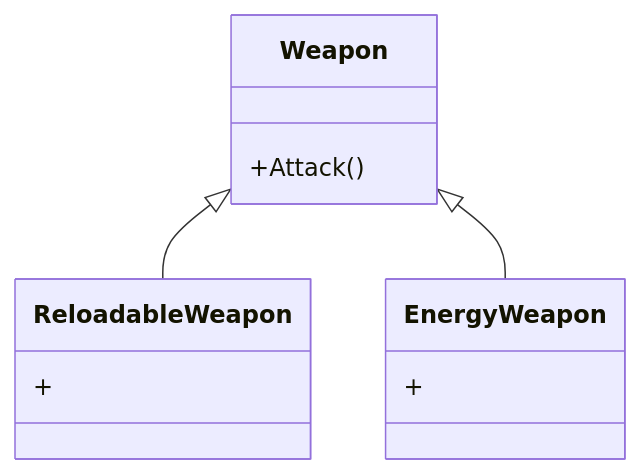
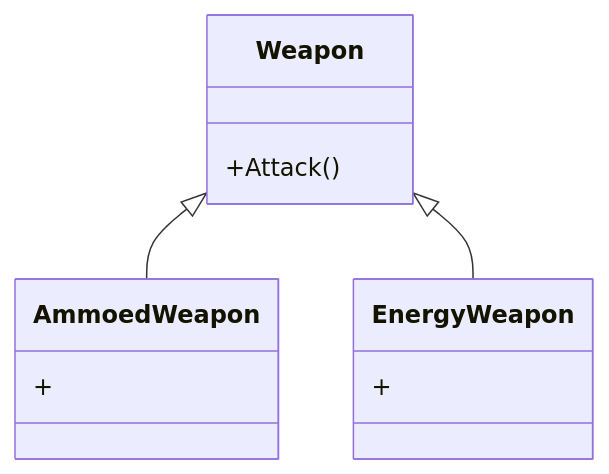
The diagram in Notes/Reunião 19-06-2025.md (Joimar/Harvest_of_Shadows_Documentation), drawn with Mermaid before and after one commit. The commit also changed other lines of this file, not shown here.

Commit message:
atualizações para falicitar leitura posterior

````diff
--- a/Notes/Reunião 19-06-2025.md
+++ b/Notes/Reunião 19-06-2025.md
@@ -10,17 +10,17 @@
 ```mermaid
 classDiagram
 
 class Weapon{
     +Attack()
         }
         
-class ReloadableWeapon{
+class AmmoedWeapon{
 	+ 
 }
 class EnergyWeapon{
 	+
 }
-Weapon <|-- ReloadableWeapon
+Weapon <|-- AmmoedWeapon
 Weapon <|-- EnergyWeapon
 
 ```
````
